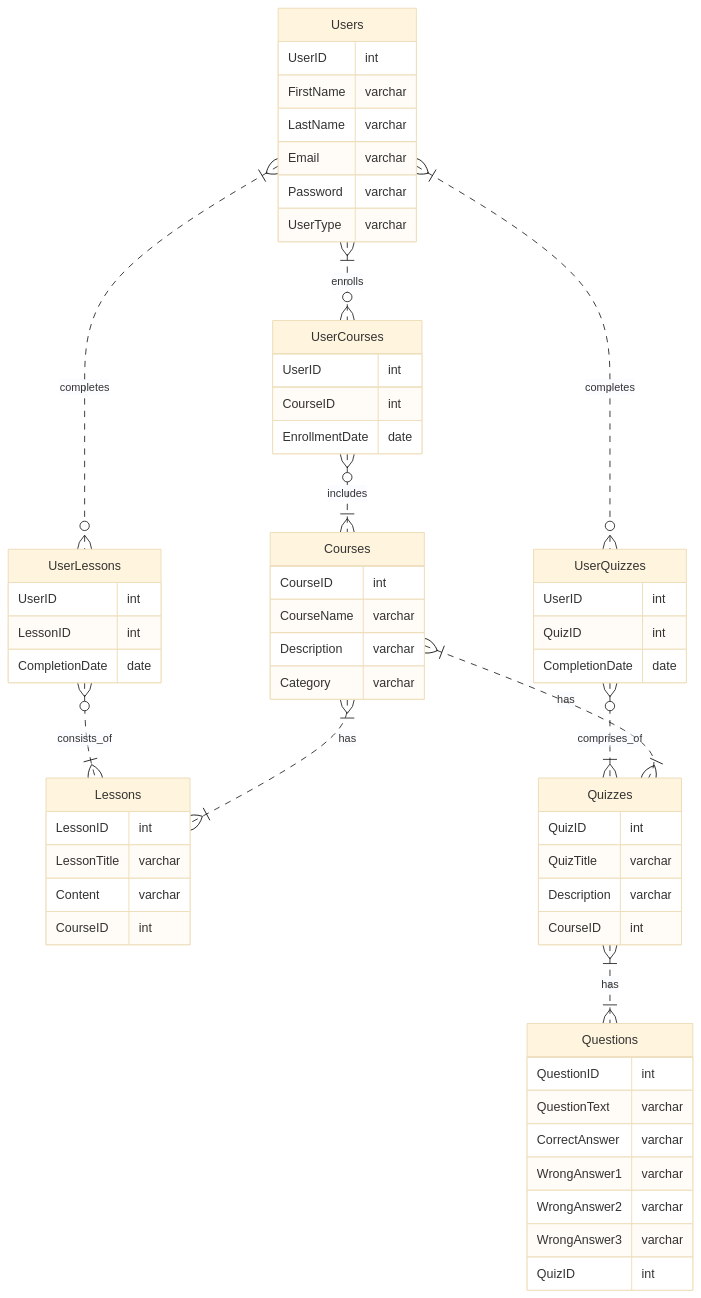
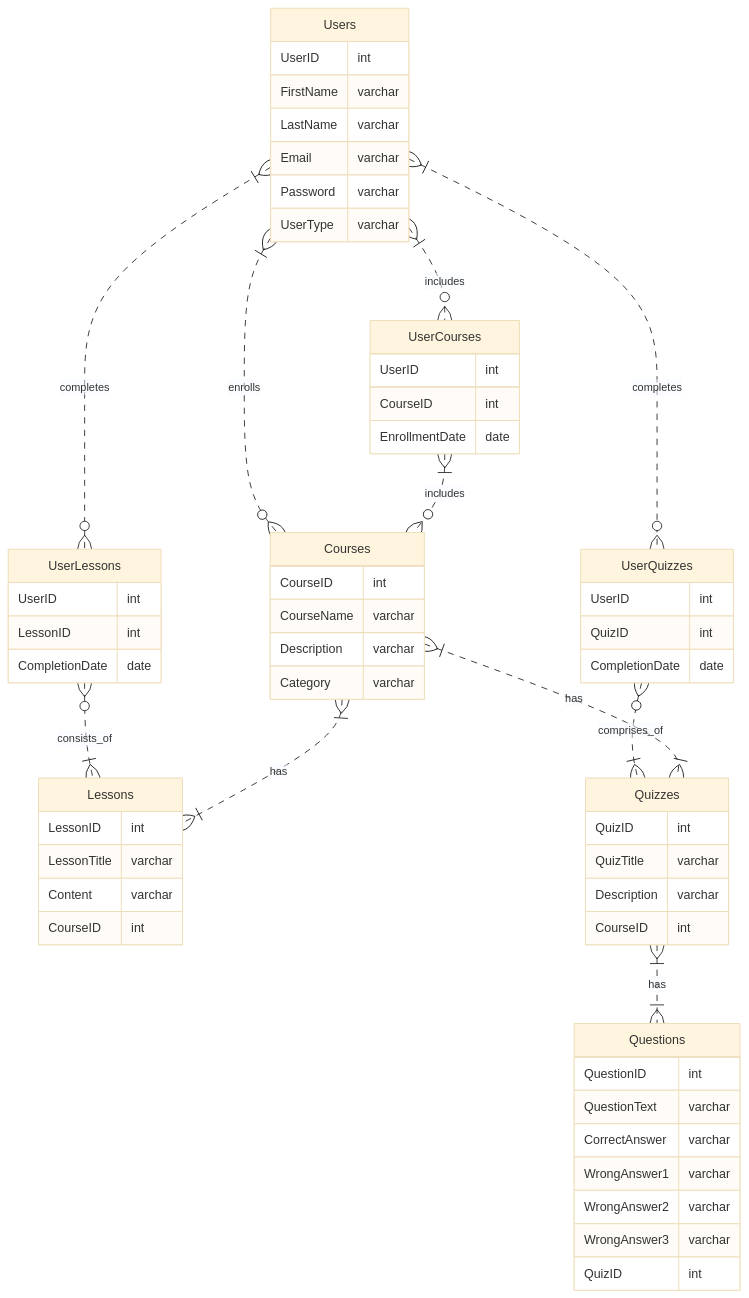
The diagram in README.md (KaSaNaa/GADCW), drawn with Mermaid (base theme) before and after one commit.

Commit message:
Updated ER

````diff
--- a/README.md
+++ b/README.md
@@ -6,71 +6,73 @@
 ```mermaid
   erDiagram
       Users {
           UserID int
           FirstName varchar
           LastName varchar
           Email varchar
           Password varchar
           UserType varchar
       }
 
       Courses {
           CourseID int
           CourseName varchar
           Description varchar
           Category varchar
       }
 
       Lessons {
           LessonID int
           LessonTitle varchar
           Content varchar
           CourseID int
       }
 
       Quizzes {
           QuizID int
           QuizTitle varchar
           Description varchar
           CourseID int
       }
 
       Questions {
           QuestionID int
           QuestionText varchar
           CorrectAnswer varchar
           WrongAnswer1 varchar
           WrongAnswer2 varchar
           WrongAnswer3 varchar
           QuizID int
       }
 
       UserCourses {
           UserID int
           CourseID int
           EnrollmentDate date
       }
 
       UserLessons {
           UserID int
           LessonID int
           CompletionDate date
       }
 
       UserQuizzes {
           UserID int
           QuizID int
           CompletionDate date
       }
 
-      Users }|..o{ UserCourses : enrolls
-      UserCourses }o..|{ Courses : includes
+      Users }|..o{ Courses : enrolls
+      Users }|..o{ UserCourses : includes
       Users }|..o{ UserLessons : completes
+      Users }|..o{ UserQuizzes : completes
       UserLessons }o..|{ Lessons : consists_of
-      Users }|..o{ UserQuizzes : completes
       UserQuizzes }o..|{ Quizzes : comprises_of
+      UserCourses }|..o{ Courses : includes
       Courses }|..|{ Lessons : has
       Courses }|..|{ Quizzes : has
       Quizzes }|..|{ Questions : has
+      
 
 ```
````
